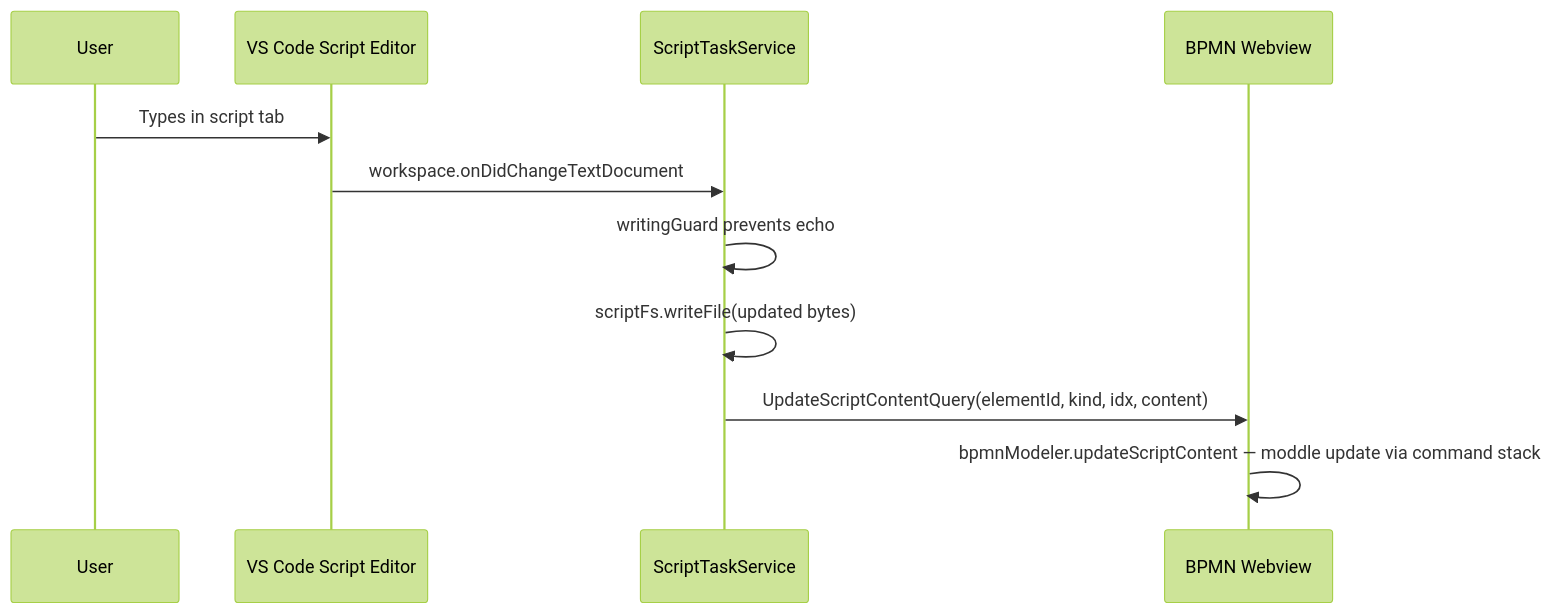
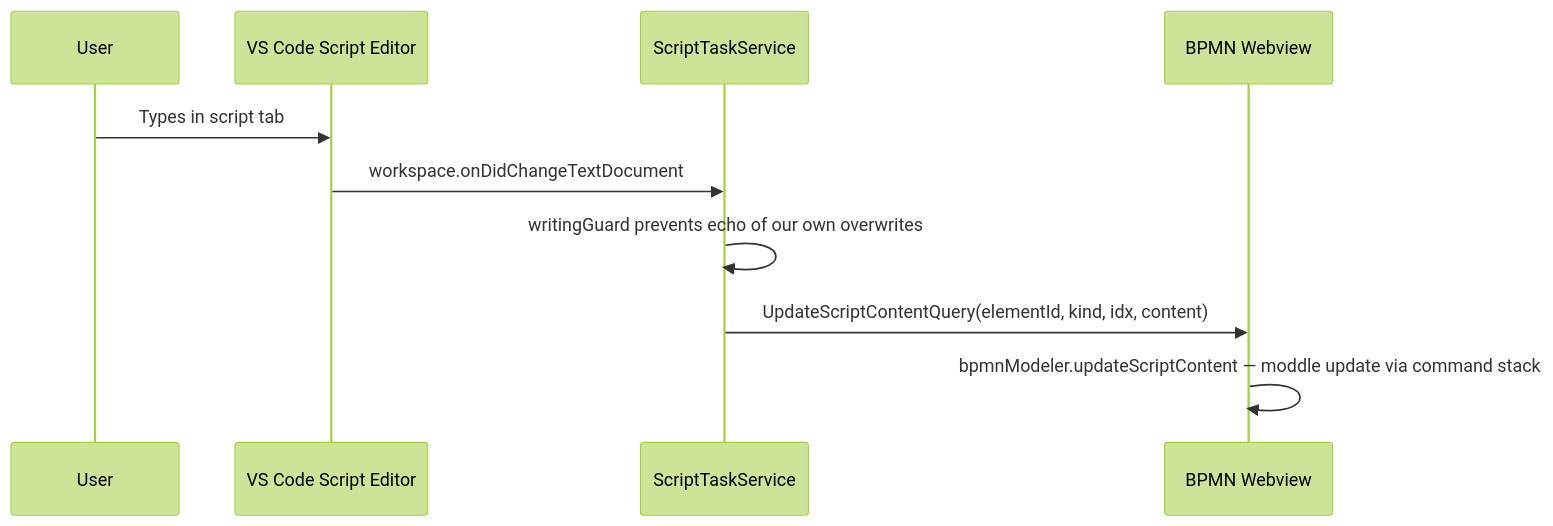
The second of 3 diagrams in docs/vscode/contributing/architecture/inline-scripting.md (Miragon/bpmn-modeler), drawn with Mermaid (forest theme) before and after one commit. The commit also changed other lines of this file and 43 other files, not shown here.

````diff
--- a/docs/vscode/contributing/architecture/inline-scripting.md
+++ b/docs/vscode/contributing/architecture/inline-scripting.md
@@ -147,14 +171,13 @@
 ```mermaid
 sequenceDiagram
     participant User
     participant Editor as VS Code Script Editor
     participant ScriptSvc as ScriptTaskService
     participant Webview as BPMN Webview
 
     User->>Editor: Types in script tab
     Editor->>ScriptSvc: workspace.onDidChangeTextDocument
-    ScriptSvc->>ScriptSvc: writingGuard prevents echo
-    ScriptSvc->>ScriptSvc: scriptFs.writeFile(updated bytes)
+    ScriptSvc->>ScriptSvc: writingGuard prevents echo of our own overwrites
     ScriptSvc->>Webview: UpdateScriptContentQuery(elementId, kind, idx, content)
     Webview->>Webview: bpmnModeler.updateScriptContent — moddle update via command stack
 ```
````
